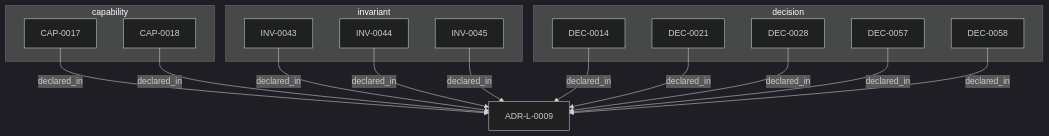
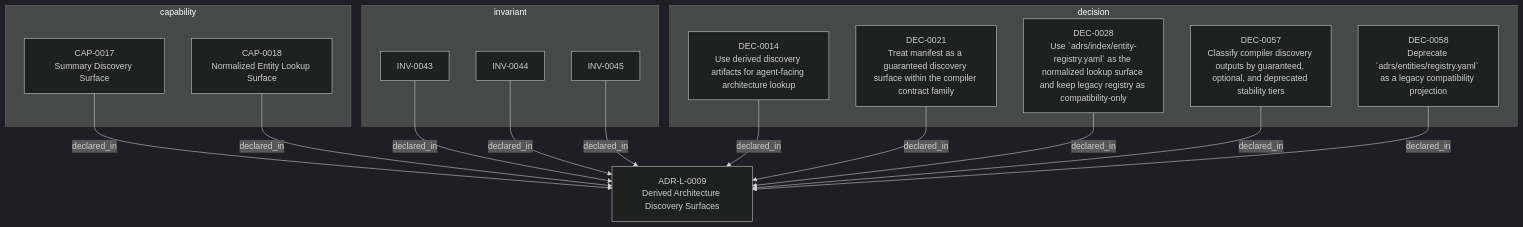
The third of 3 diagrams in adrs/adr-projection/logical/ADR-L-0009-derived-architecture-discovery-surfaces.md (egallmann/adr-architecture-kit), drawn with Mermaid (dark theme) before and after one commit. The commit also changed other lines of this file and 35 other files, not shown here.

````diff
--- a/adrs/adr-projection/logical/ADR-L-0009-derived-architecture-discovery-surfaces.md
+++ b/adrs/adr-projection/logical/ADR-L-0009-derived-architecture-discovery-surfaces.md
@@ -125,30 +125,30 @@
 ```mermaid
 flowchart TB
-  n_019fee89_e616_770c_a025_2c241a720730["ADR-L-0009"]
+  n_019fee89_e616_770c_a025_2c241a720730["ADR-L-0009<br/>Derived Architecture Discovery Surfaces"]
   subgraph sg_capability["capability"]
-    n_019fee89_e616_7607_9312_8aa8d1816be9["CAP-0017"]
-    n_019fee89_e616_7121_a63e_0baad0a61fb3["CAP-0018"]
+    n_019fee89_e616_7607_9312_8aa8d1816be9["CAP-0017<br/>Summary Discovery Surface"]
+    n_019fee89_e616_7121_a63e_0baad0a61fb3["CAP-0018<br/>Normalized Entity Lookup Surface"]
   end
   subgraph sg_decision["decision"]
-    n_019fee89_e616_71a7_b73f_33795a11494e["DEC-0014"]
-    n_019fee89_e616_7763_be39_197b4590ca50["DEC-0021"]
-    n_019fee89_e616_77a2_8a1b_ad4d3a7e4265["DEC-0028"]
-    n_019fee89_e616_74a6_ae3d_39c2dacd91ae["DEC-0057"]
-    n_019fee89_e616_79f5_a127_b16d5485af23["DEC-0058"]
+    n_019fee89_e616_71a7_b73f_33795a11494e["DEC-0014<br/>Use derived discovery artifacts for agent-facing architecture lookup"]
+    n_019fee89_e616_7763_be39_197b4590ca50["DEC-0021<br/>Treat manifest as a guaranteed discovery surface within the compiler contract family"]
+    n_019fee89_e616_77a2_8a1b_ad4d3a7e4265["DEC-0028<br/>Use `adrs/index/entity-registry.yaml` as the normalized lookup surface and keep legacy registry as compatibility-only"]
+    n_019fee89_e616_74a6_ae3d_39c2dacd91ae["DEC-0057<br/>Classify compiler discovery outputs by guaranteed, optional, and deprecated stability tiers"]
+    n_019fee89_e616_79f5_a127_b16d5485af23["DEC-0058<br/>Deprecate `adrs/entities/registry.yaml` as a legacy compatibility projection"]
   end
   subgraph sg_invariant["invariant"]
     n_019fee89_e616_7196_a92f_bec6b05d3d47["INV-0043"]
     n_019fee89_e616_7037_8f0f_52c403f9f539["INV-0044"]
     n_019fee89_e616_7dc8_bd2e_10db13af0951["INV-0045"]
   end
   n_019fee89_e616_7037_8f0f_52c403f9f539 -->|"declared_in"| n_019fee89_e616_770c_a025_2c241a720730
   n_019fee89_e616_7121_a63e_0baad0a61fb3 -->|"declared_in"| n_019fee89_e616_770c_a025_2c241a720730
   n_019fee89_e616_7196_a92f_bec6b05d3d47 -->|"declared_in"| n_019fee89_e616_770c_a025_2c241a720730
   n_019fee89_e616_71a7_b73f_33795a11494e -->|"declared_in"| n_019fee89_e616_770c_a025_2c241a720730
   n_019fee89_e616_74a6_ae3d_39c2dacd91ae -->|"declared_in"| n_019fee89_e616_770c_a025_2c241a720730
   n_019fee89_e616_7607_9312_8aa8d1816be9 -->|"declared_in"| n_019fee89_e616_770c_a025_2c241a720730
   n_019fee89_e616_7763_be39_197b4590ca50 -->|"declared_in"| n_019fee89_e616_770c_a025_2c241a720730
   n_019fee89_e616_77a2_8a1b_ad4d3a7e4265 -->|"declared_in"| n_019fee89_e616_770c_a025_2c241a720730
   n_019fee89_e616_79f5_a127_b16d5485af23 -->|"declared_in"| n_019fee89_e616_770c_a025_2c241a720730
   n_019fee89_e616_7dc8_bd2e_10db13af0951 -->|"declared_in"| n_019fee89_e616_770c_a025_2c241a720730
 ```
````
